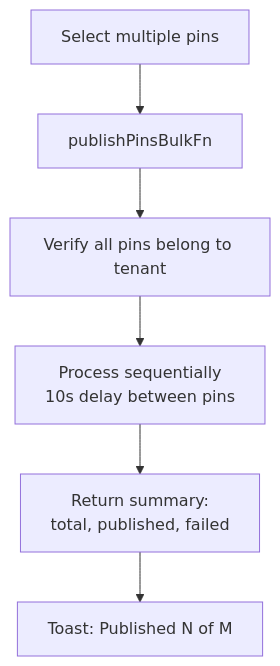
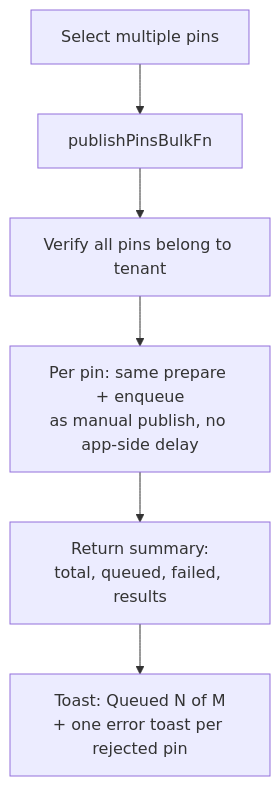
One commit to theaussie86/petra-pinterest changed the fourth of 4 diagrams in docs/flows/pin-publishing.md. Above: the diagram before and after it, drawn with Mermaid. The commit also changed other lines of this file and 8 other files, not shown here.

````diff
--- a/docs/flows/pin-publishing.md
+++ b/docs/flows/pin-publishing.md
@@ -94,8 +97,8 @@
 ```mermaid
 flowchart TD
     A[Select multiple pins] --> B[publishPinsBulkFn]
     B --> C[Verify all pins belong to tenant]
-    C --> D[Process sequentially<br/>10s delay between pins]
-    D --> E[Return summary:<br/>total, published, failed]
-    E --> F[Toast: Published N of M]
+    C --> D[Per pin: same prepare + enqueue<br/>as manual publish, no app-side delay]
+    D --> E[Return summary:<br/>total, queued, failed, results]
+    E --> F[Toast: Queued N of M<br/>+ one error toast per rejected pin]
 ```
````
